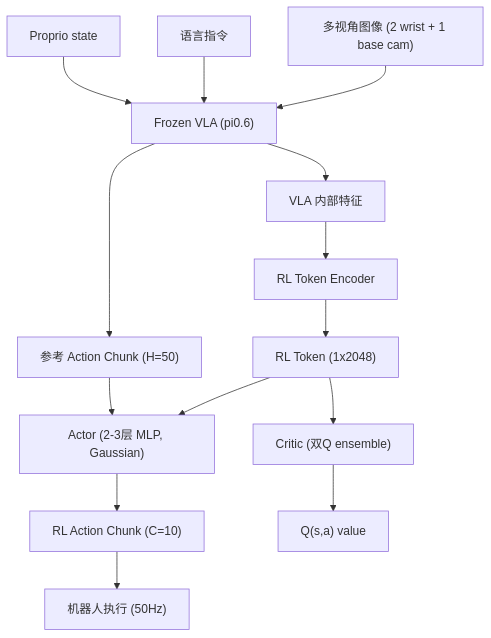
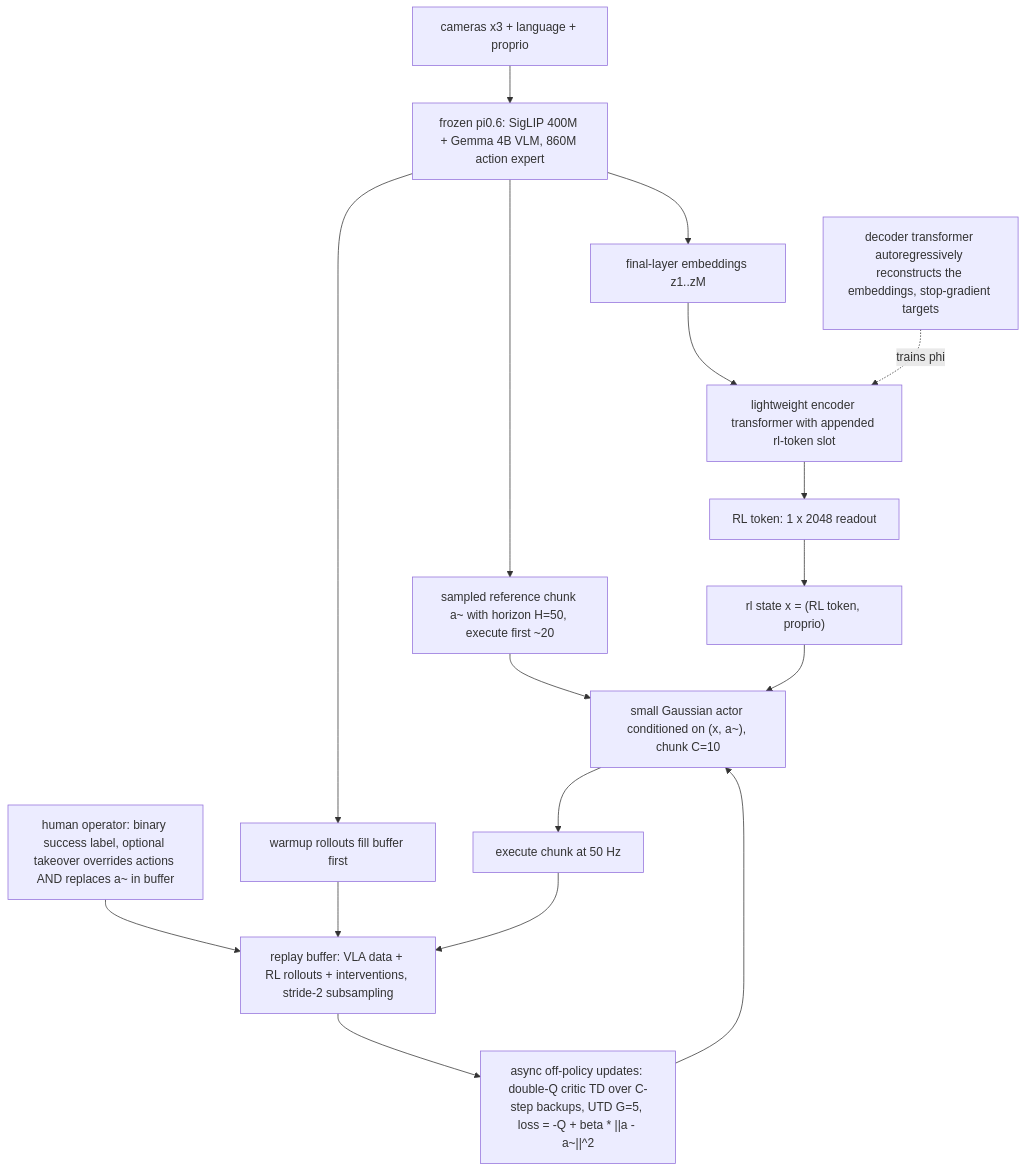
Before and after one commit to luohu-arch/physical_intelligence_study: the diagram in notes/rl/rl-token.md, drawn with Mermaid. The commit also changed other lines of this file and 35 other files, not shown here.

````diff
--- a/notes/rl/rl-token.md
+++ b/notes/rl/rl-token.md
@@ -25,16 +51,17 @@
 ```mermaid
-graph TD
-    IMG["多视角图像 (2 wrist + 1 base cam)"] --> VLA["Frozen VLA (pi0.6)"]
-    LANG["语言指令"] --> VLA
-    PROP["Proprio state"] --> VLA
-    VLA --> FEAT["VLA 内部特征"]
-    FEAT --> ENC["RL Token Encoder"]
-    ENC --> RLTOK["RL Token (1x2048)"]
-    RLTOK --> ACTOR["Actor (2-3层 MLP, Gaussian)"]
-    RLTOK --> CRITIC["Critic (双Q ensemble)"]
-    VLA --> REF["参考 Action Chunk (H=50)"]
-    REF --> ACTOR
-    ACTOR --> ACTCHUNK["RL Action Chunk (C=10)"]
-    ACTCHUNK --> EXEC["机器人执行 (50Hz)"]
-    CRITIC --> QVAL["Q(s,a) value"]
+flowchart TB
+    IN["cameras x3 + language + proprio"] --> VLA["frozen pi0.6: SigLIP 400M + Gemma 4B VLM, 860M action expert"]
+    VLA --> EMB["final-layer embeddings z1..zM"]
+    EMB --> ENC["lightweight encoder transformer with appended rl-token slot"] --> TOK["RL token: 1 x 2048 readout"]
+    DEC["decoder transformer autoregressively reconstructs the embeddings, stop-gradient targets"] -.->|"trains phi"| ENC
+    TOK --> STATE["rl state x = (RL token, proprio)"]
+    VLA --> REF["sampled reference chunk a~ with horizon H=50, execute first ~20"]
+    REF --> ACTOR["small Gaussian actor conditioned on (x, a~), chunk C=10"]
+    STATE --> ACTOR
+    ACTOR --> EXEC["execute chunk at 50 Hz"]
+    HUM["human operator: binary success label, optional takeover overrides actions AND replaces a~ in buffer"] --> BUF
+    VLA --> WARM["warmup rollouts fill buffer first"] --> BUF["replay buffer: VLA data + RL rollouts + interventions, stride-2 subsampling"]
+    EXEC --> BUF
+    BUF --> UPD["async off-policy updates: double-Q critic TD over C-step backups, UTD G=5, loss = -Q + beta * ||a - a~||^2"]
+    UPD --> ACTOR
 ```
````
